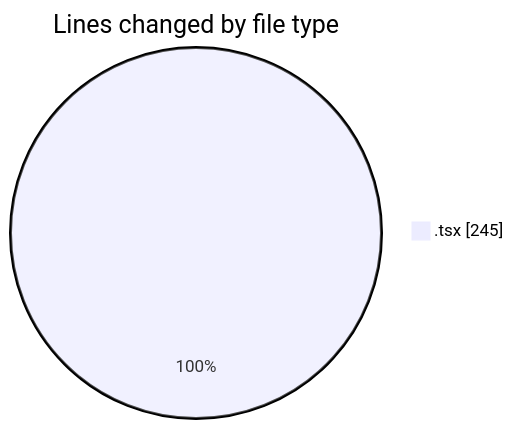
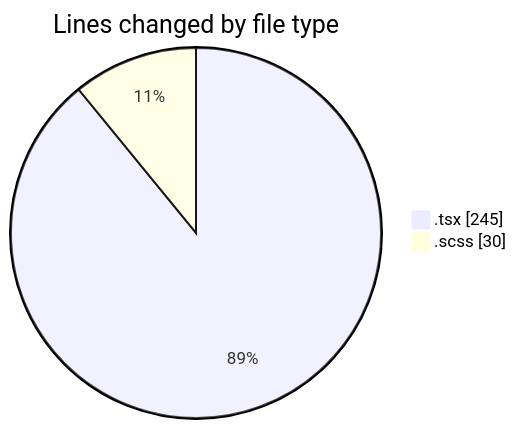
The first of 2 diagrams in 2026-07-23/cda/README.md (momahboobian/code-tracking), drawn with Mermaid before and after one commit. The commit also changed other lines of this file and 1 other file, not shown here.

````diff
--- a/2026-07-23/cda/README.md
+++ b/2026-07-23/cda/README.md
@@ -20,5 +21,6 @@
 ```mermaid
 pie showData
 title Lines changed by file type
 ".tsx" : 245
+".scss" : 30
 ```
````
